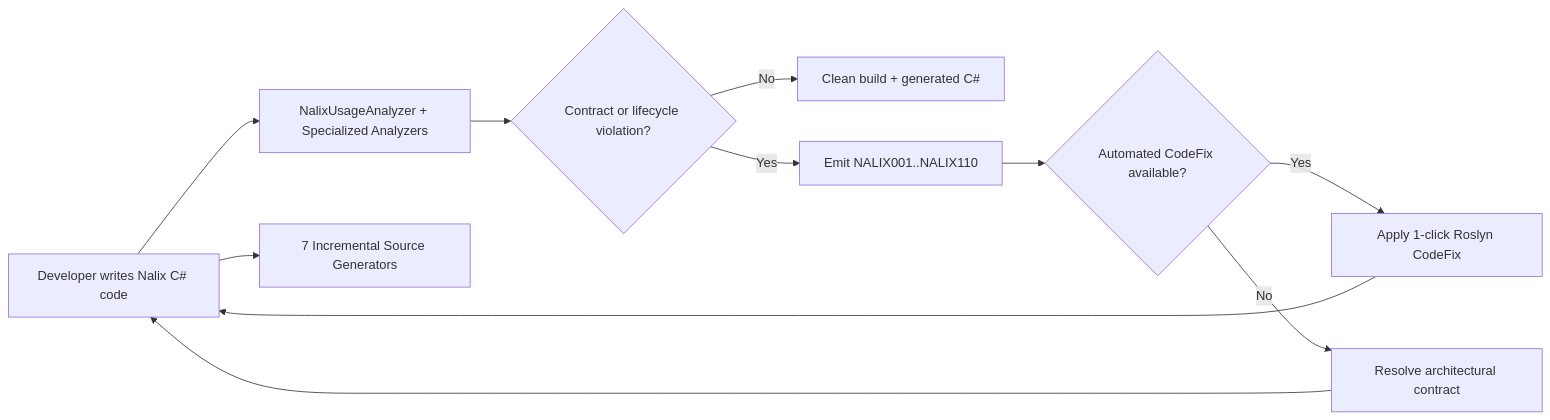
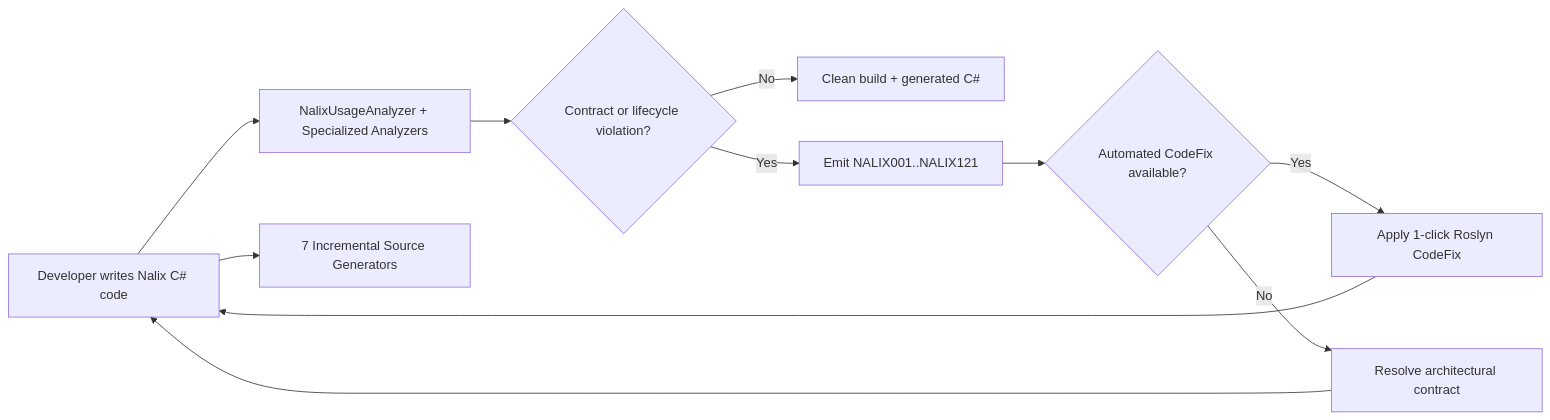
Before and after one commit to ppn-systems/nalix-docs: the diagram in src/content/docs/en-us/api/analyzers/index.md, drawn with Mermaid. The commit also changed other lines of this file and 16 other files, not shown here.

````diff
--- a/src/content/docs/en-us/api/analyzers/index.md
+++ b/src/content/docs/en-us/api/analyzers/index.md
@@ -23,13 +23,13 @@
 ```mermaid
 flowchart LR
     A["Developer writes Nalix C# code"] --> B["NalixUsageAnalyzer + Specialized Analyzers"]
     A --> SG["7 Incremental Source Generators"]
     B --> C{"Contract or lifecycle violation?"}
     C -->|No| D["Clean build + generated C#"]
-    C -->|Yes| E["Emit NALIX001..NALIX110"]
+    C -->|Yes| E["Emit NALIX001..NALIX121"]
     E --> F{"Automated CodeFix available?"}
     F -->|Yes| G["Apply 1-click Roslyn CodeFix"]
     F -->|No| H["Resolve architectural contract"]
     G --> A
     H --> A
 ```
````
